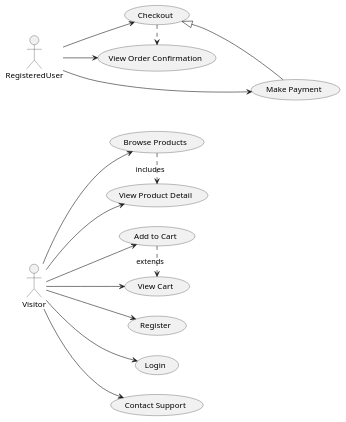
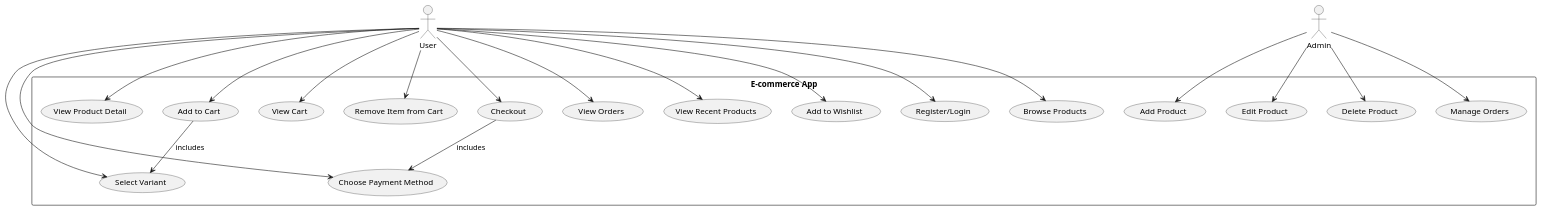
One commit to samir20-23/Dev_Adidas changed the diagram in B_Fonctionnelle/Use_Cases/userFlow.plantuml. Above: the diagram before and after it, drawn with PlantUML. The commit also changed 57 other files, not shown here.

```diff
--- a/B_Fonctionnelle/Use_Cases/userFlow.plantuml
+++ b/B_Fonctionnelle/Use_Cases/userFlow.plantuml
@@ -1,24 +1,48 @@
-@startuml file.plantuml
-left to right direction
-skinparam packageStyle rectangle
+@startuml usecase_diagram_ecommerce
 
-actor Visitor
-actor RegisteredUser as User
+actor User
+actor Admin
 
-Visitor --> (Browse Products)
-Visitor --> (View Product Detail)
-Visitor --> (Add to Cart)
-Visitor --> (View Cart)
-Visitor --> (Register)
-Visitor --> (Login)
-Visitor --> (Contact Support)
+rectangle "E-commerce App" {
+ 
+  (Register/Login) as UC1
+  (Browse Products) as UC2
+  (View Product Detail) as UC3
+  (Add to Cart) as UC4
+  (View Cart) as UC5
+  (Select Variant) as UC6
+  (Remove Item from Cart) as UC7
+  (Choose Payment Method) as UC8
+  (Checkout) as UC9
+  (View Orders) as UC10
+  (View Recent Products) as UC11
+  (Add to Wishlist) as UC12
 
-User --> (Checkout)
-User --> (Make Payment)
-User --> (View Order Confirmation)
+  (Add Product) as UC13
+  (Edit Product) as UC14
+  (Delete Product) as UC15
+  (Manage Orders) as UC16
+}
 
-(Browse Products) .> (View Product Detail) : includes
-(Add to Cart) .> (View Cart) : extends
-(Checkout) <|-- (Make Payment)
-(Checkout) .> (View Order Confirmation)
+User --> UC1
+User --> UC2
+User --> UC3
+User --> UC4
+User --> UC5
+User --> UC6
+User --> UC7
+User --> UC8
+User --> UC9
+User --> UC10
+User --> UC11
+User --> UC12
+
+Admin --> UC13
+Admin --> UC14
+Admin --> UC15
+Admin --> UC16
+
+UC4 --> UC6 : includes
+UC9 --> UC8 : includes
+
 @enduml
```
